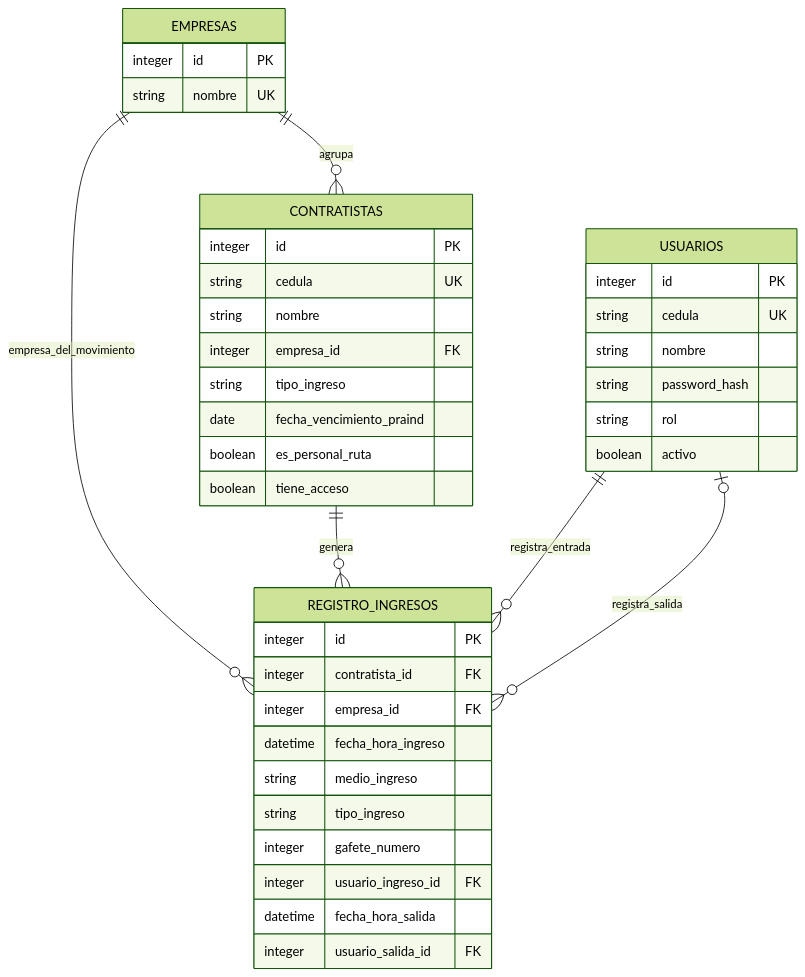
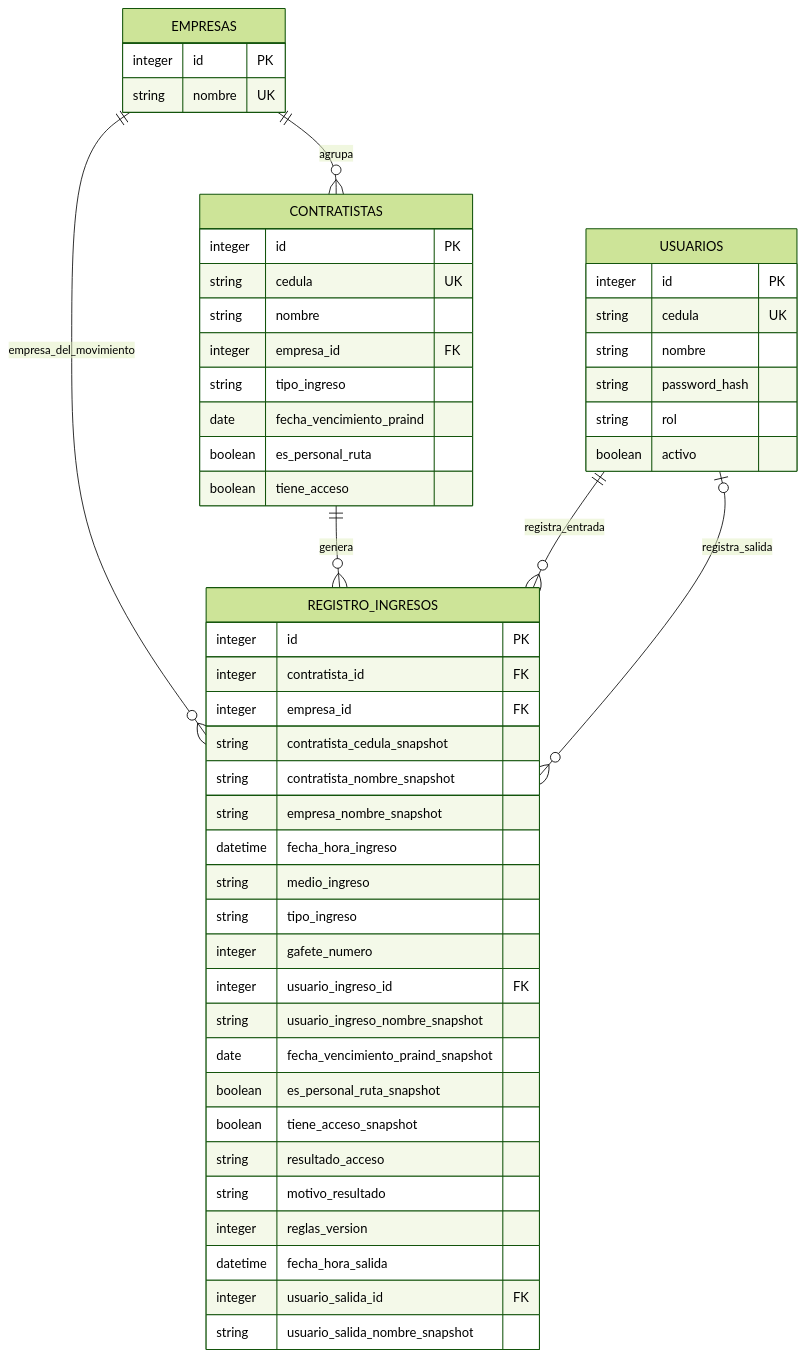
One commit to DQM27/acceso_CLI changed the sixth of 7 diagrams in docs/diagrama-logico.md. Above: the diagram before and after it, drawn with Mermaid (forest theme). The commit also changed other lines of this file and 16 other files, not shown here.

````diff
--- a/docs/diagrama-logico.md
+++ b/docs/diagrama-logico.md
@@ -216,46 +235,57 @@
 ```mermaid
 erDiagram
     EMPRESAS ||--o{ CONTRATISTAS : agrupa
     EMPRESAS ||--o{ REGISTRO_INGRESOS : empresa_del_movimiento
     CONTRATISTAS ||--o{ REGISTRO_INGRESOS : genera
     USUARIOS ||--o{ REGISTRO_INGRESOS : registra_entrada
     USUARIOS o|--o{ REGISTRO_INGRESOS : registra_salida
 
     EMPRESAS {
         integer id PK
         string nombre UK
     }
 
     CONTRATISTAS {
         integer id PK
         string cedula UK
         string nombre
         integer empresa_id FK
         string tipo_ingreso
         date fecha_vencimiento_praind
         boolean es_personal_ruta
         boolean tiene_acceso
     }
 
     USUARIOS {
         integer id PK
         string cedula UK
         string nombre
         string password_hash
         string rol
         boolean activo
     }
 
     REGISTRO_INGRESOS {
         integer id PK
         integer contratista_id FK
         integer empresa_id FK
+        string contratista_cedula_snapshot
+        string contratista_nombre_snapshot
+        string empresa_nombre_snapshot
         datetime fecha_hora_ingreso
         string medio_ingreso
         string tipo_ingreso
         integer gafete_numero
         integer usuario_ingreso_id FK
+        string usuario_ingreso_nombre_snapshot
+        date fecha_vencimiento_praind_snapshot
+        boolean es_personal_ruta_snapshot
+        boolean tiene_acceso_snapshot
+        string resultado_acceso
+        string motivo_resultado
+        integer reglas_version
         datetime fecha_hora_salida
         integer usuario_salida_id FK
+        string usuario_salida_nombre_snapshot
     }
 ```
````
